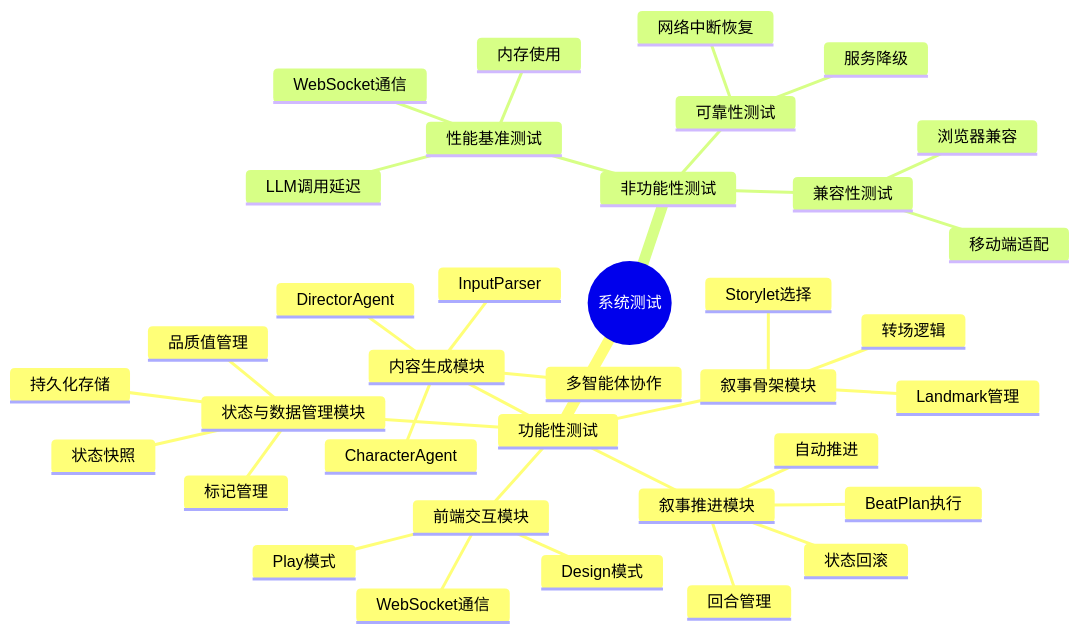
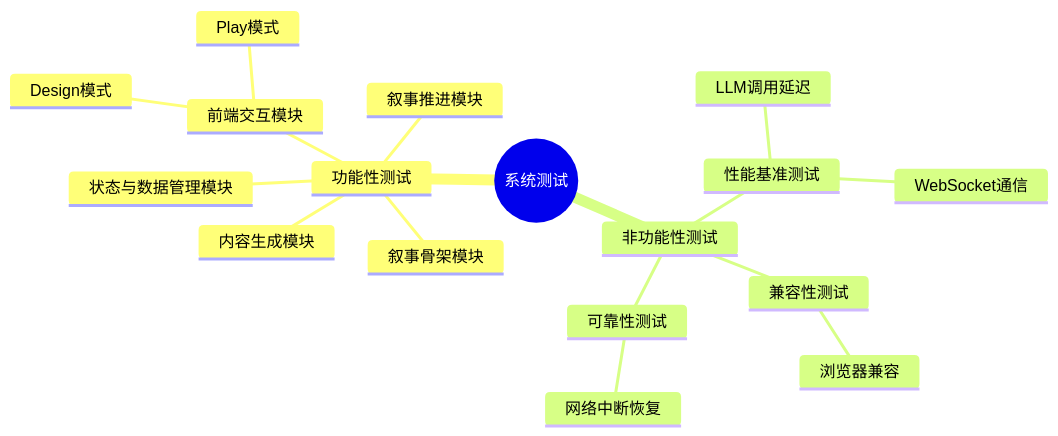
Before and after one commit to Coxx101/FacadeRemake: the diagram in Framework/第四章_系统测试与评估.md, drawn with Mermaid. The commit also changed other lines of this file and 43 other files, not shown here.

````diff
--- a/Framework/第四章_系统测试与评估.md
+++ b/Framework/第四章_系统测试与评估.md
@@ -334,39 +340,20 @@
 ```mermaid
 mindmap
     root((系统测试))
         功能性测试
             前端交互模块
                 Design模式
                 Play模式
-                WebSocket通信
             内容生成模块
-                DirectorAgent
-                CharacterAgent
-                InputParser
-                多智能体协作
             叙事骨架模块
-                Landmark管理
-                Storylet选择
-                转场逻辑
             叙事推进模块
-                BeatPlan执行
-                回合管理
-                自动推进
-                状态回滚
             状态与数据管理模块
-                品质值管理
-                标记管理
-                状态快照
-                持久化存储
         非功能性测试
             性能基准测试
                 LLM调用延迟
                 WebSocket通信
-                内存使用
             兼容性测试
                 浏览器兼容
-                移动端适配
             可靠性测试
                 网络中断恢复
-                服务降级
 ```
````
